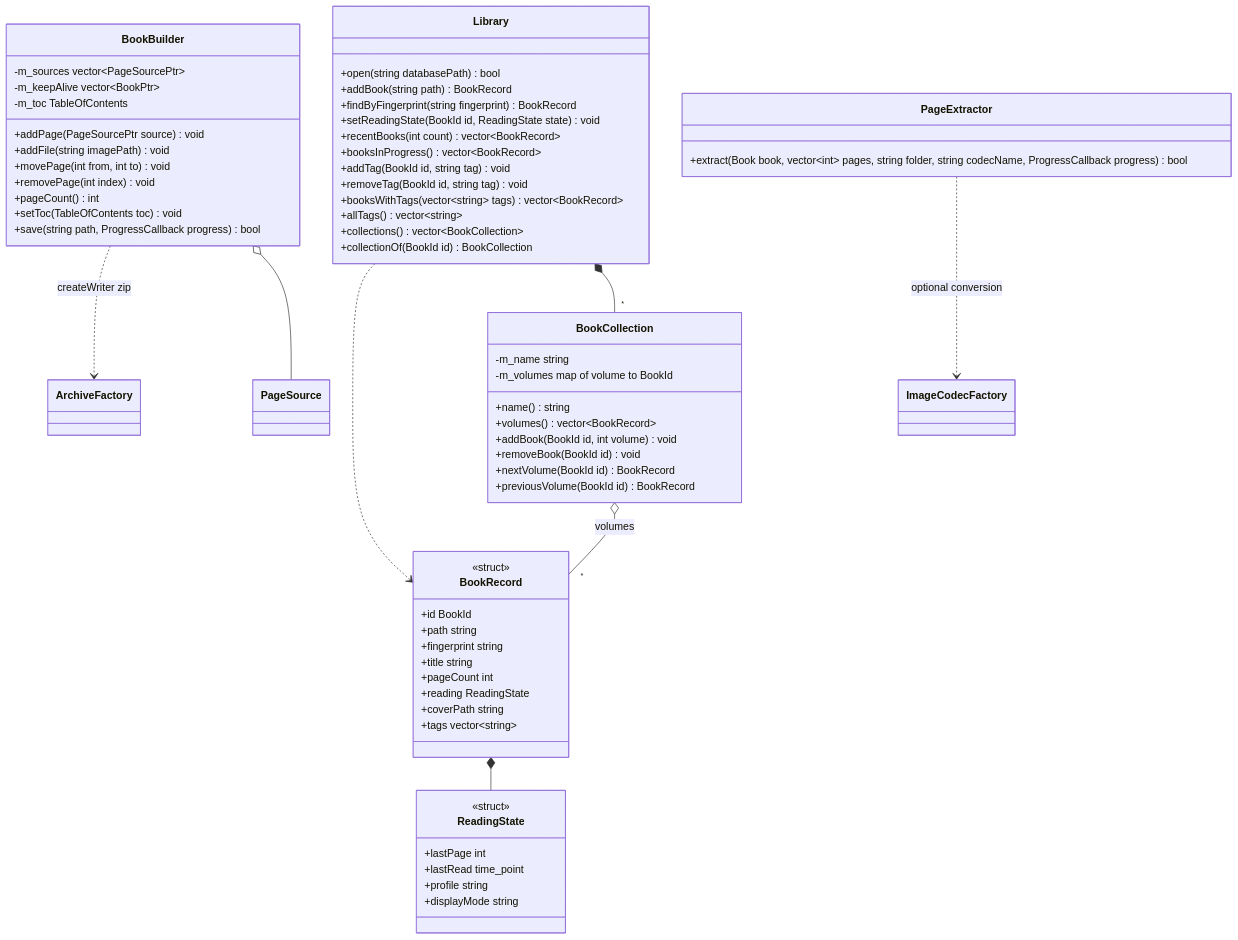
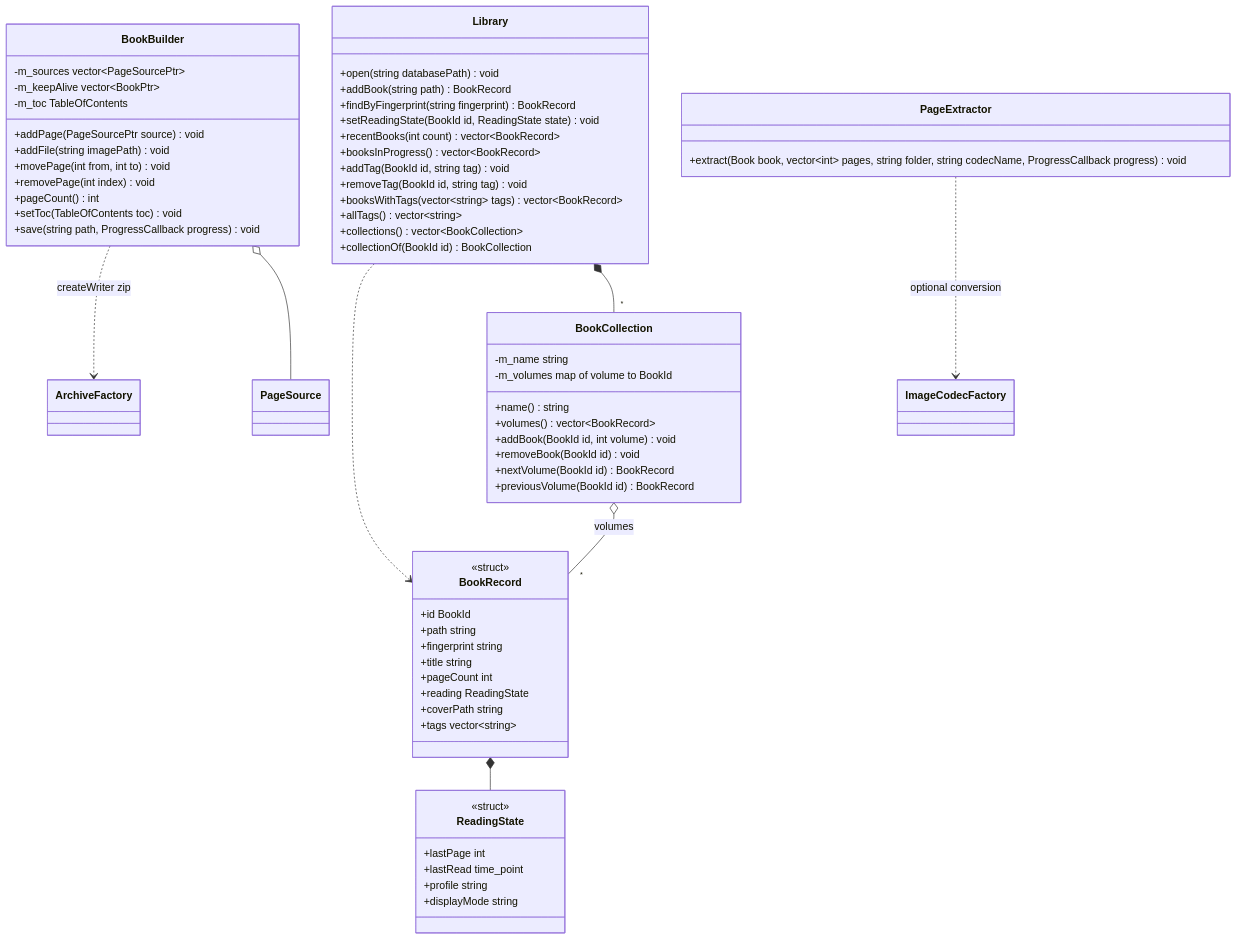
One commit to jvolima/comic-book changed the eighth of 10 diagrams in src/docs/03-architecture.md. Above: the diagram before and after it, drawn with Mermaid. The commit also changed other lines of this file and 27 other files, not shown here.

````diff
--- a/src/docs/03-architecture.md
+++ b/src/docs/03-architecture.md
@@ -604,67 +609,67 @@
 ```mermaid
 classDiagram
     class BookBuilder {
         +addPage(PageSourcePtr source) void
         +addFile(string imagePath) void
         +movePage(int from, int to) void
         +removePage(int index) void
         +pageCount() int
         +setToc(TableOfContents toc) void
-        +save(string path, ProgressCallback progress) bool
+        +save(string path, ProgressCallback progress) void
         -m_sources vector~PageSourcePtr~
         -m_keepAlive vector~BookPtr~
         -m_toc TableOfContents
     }
     class PageExtractor {
-        +extract(Book book, vector~int~ pages, string folder, string codecName, ProgressCallback progress) bool
+        +extract(Book book, vector~int~ pages, string folder, string codecName, ProgressCallback progress) void
     }
     class Library {
-        +open(string databasePath) bool
+        +open(string databasePath) void
         +addBook(string path) BookRecord
         +findByFingerprint(string fingerprint) BookRecord
         +setReadingState(BookId id, ReadingState state) void
         +recentBooks(int count) vector~BookRecord~
         +booksInProgress() vector~BookRecord~
         +addTag(BookId id, string tag) void
         +removeTag(BookId id, string tag) void
         +booksWithTags(vector~string~ tags) vector~BookRecord~
         +allTags() vector~string~
         +collections() vector~BookCollection~
         +collectionOf(BookId id) BookCollection
     }
     class BookCollection {
         +name() string
         +volumes() vector~BookRecord~
         +addBook(BookId id, int volume) void
         +removeBook(BookId id) void
         +nextVolume(BookId id) BookRecord
         +previousVolume(BookId id) BookRecord
         -m_name string
         -m_volumes map of volume to BookId
     }
     class BookRecord {
         <<struct>>
         +id BookId
         +path string
         +fingerprint string
         +title string
         +pageCount int
         +reading ReadingState
         +coverPath string
         +tags vector~string~
     }
     class ReadingState {
         <<struct>>
         +lastPage int
         +lastRead time_point
         +profile string
         +displayMode string
     }
     BookBuilder ..> ArchiveFactory : createWriter zip
     BookBuilder o-- PageSource
     PageExtractor ..> ImageCodecFactory : optional conversion
     Library ..> BookRecord
     Library *-- "*" BookCollection
     BookCollection o-- "*" BookRecord : volumes
     BookRecord *-- ReadingState
 ```
````
